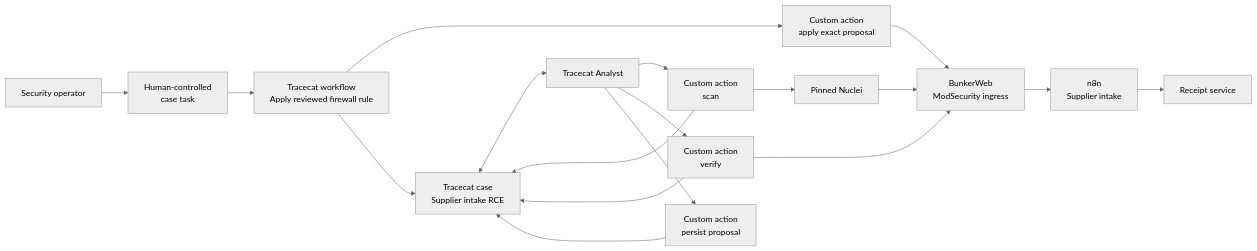
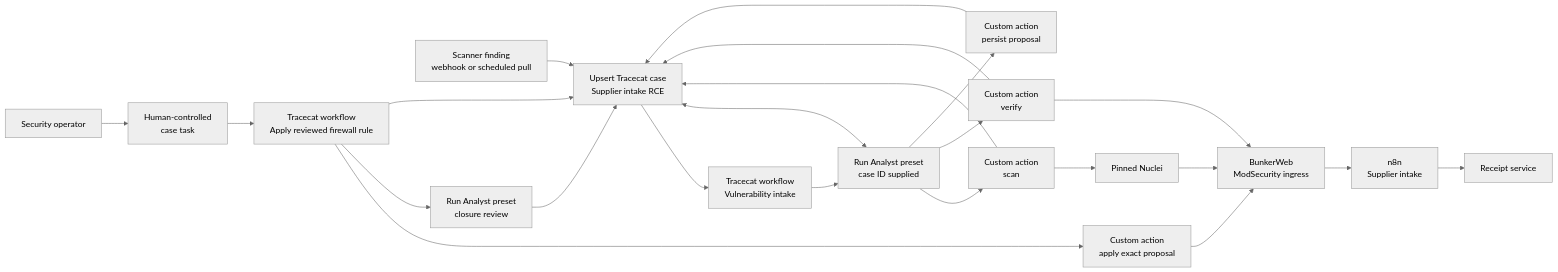
Before and after one commit to TracecatHQ/gyms: the diagram in 003/README.md, drawn with Mermaid (neutral theme). The commit also changed other lines of this file and 28 other files, not shown here.

Commit message:
feat: automate vulnerability intake analysis

````diff
--- a/003/README.md
+++ b/003/README.md
@@ -24,20 +24,25 @@
 ```mermaid
 flowchart LR
-    C["Tracecat case<br/>Supplier intake RCE"] <--> A["Tracecat Analyst"]
+    E["Scanner finding<br/>webhook or scheduled pull"] --> C["Upsert Tracecat case<br/>Supplier intake RCE"]
+    C --> I["Tracecat workflow<br/>Vulnerability intake"]
+    I --> A["Run Analyst preset<br/>case ID supplied"]
+    A <--> C
     A --> S["Custom action<br/>scan"]
     A --> V["Custom action<br/>verify"]
     A --> P["Custom action<br/>persist proposal"]
     S --> N["Pinned Nuclei"]
     V --> BW["BunkerWeb<br/>ModSecurity ingress"]
     P --> C
     O["Security operator"] --> T["Human-controlled<br/>case task"]
     T --> RW["Tracecat workflow<br/>Apply reviewed firewall rule"]
     RW --> F["Custom action<br/>apply exact proposal"]
     F --> BW
+    RW --> A2["Run Analyst preset<br/>closure review"]
+    A2 --> C
     N --> BW
     BW --> N8N["n8n<br/>Supplier intake"]
     N8N --> R["Receipt service"]
     S --> C
     V --> C
     RW --> C
 ```
````
